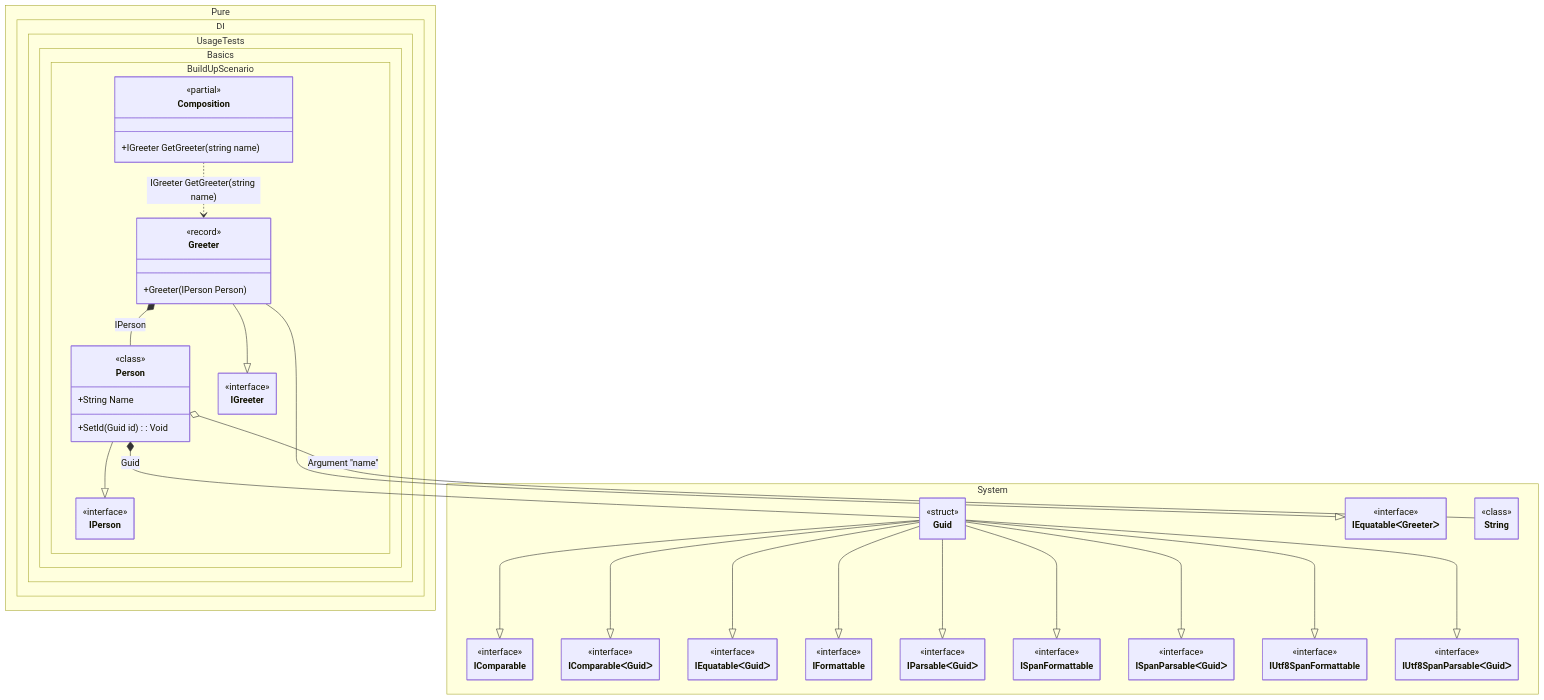
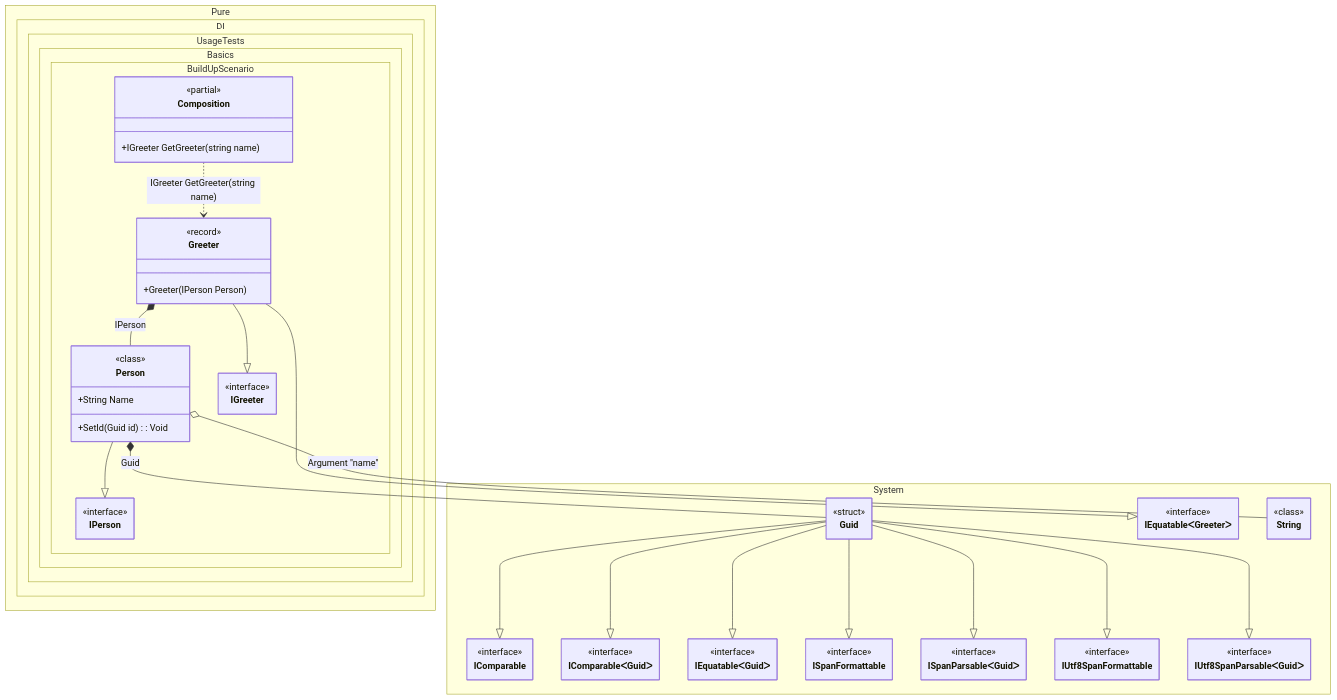
One commit to DevTeam/Pure.DI changed the diagram in readme/build-up-of-an-existing-object.md. Above: the diagram before and after it, drawn with Mermaid. The commit also changed 389 other files, not shown here.

```diff
--- a/readme/build-up-of-an-existing-object.md
+++ b/readme/build-up-of-an-existing-object.md
@@ -123,8 +123,6 @@
 	Guid --|> IComparable
 	Guid --|> IComparableᐸGuidᐳ
 	Guid --|> IEquatableᐸGuidᐳ
-	Guid --|> IFormattable
-	Guid --|> IParsableᐸGuidᐳ
 	Guid --|> ISpanFormattable
 	Guid --|> ISpanParsableᐸGuidᐳ
 	Guid --|> IUtf8SpanFormattable
@@ -173,12 +171,6 @@
 		class IEquatableᐸGuidᐳ {
 			<<interface>>
 		}
-		class IFormattable {
-			<<interface>>
-		}
-		class IParsableᐸGuidᐳ {
-			<<interface>>
-		}
 		class ISpanFormattable {
 			<<interface>>
 		}
```
